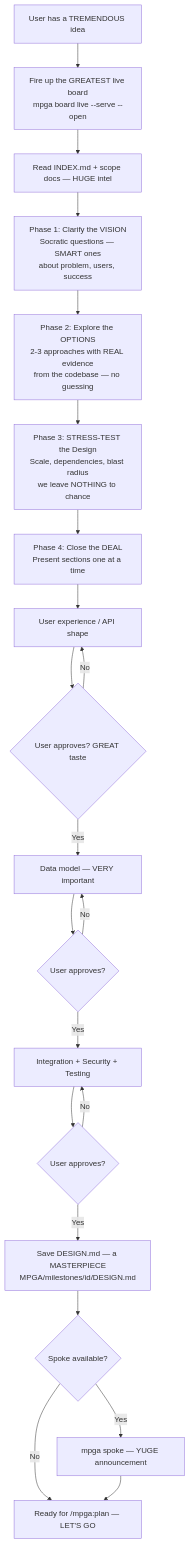
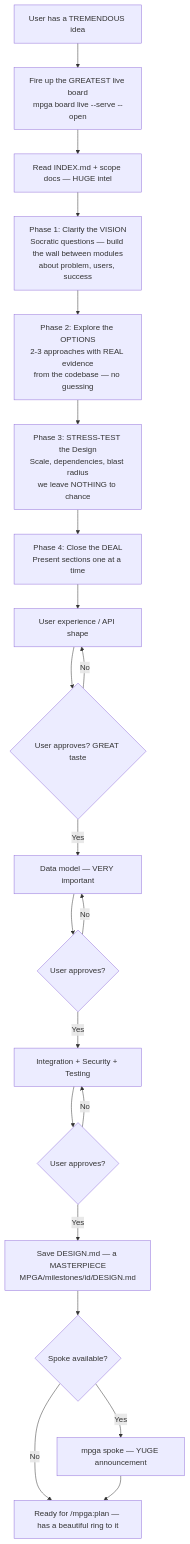
The diagram in docs/diagrams/skills/brainstorm.md (benrben/MPGA), drawn with Mermaid before and after one commit. The commit also changed other lines of this file and 80 other files, not shown here.

````diff
--- a/docs/diagrams/skills/brainstorm.md
+++ b/docs/diagrams/skills/brainstorm.md
@@ -5,25 +5,25 @@
 ```mermaid
 flowchart TD
     A[User has a TREMENDOUS idea] --> B[Fire up the GREATEST live board\nmpga board live --serve --open]
     B --> C[Read INDEX.md + scope docs — HUGE intel]
 
-    C --> D["Phase 1: Clarify the VISION\nSocratic questions — SMART ones\nabout problem, users, success"]
+    C --> D["Phase 1: Clarify the VISION\nSocratic questions — build the wall between modules\nabout problem, users, success"]
     D --> E["Phase 2: Explore the OPTIONS\n2-3 approaches with REAL evidence\nfrom the codebase — no guessing"]
     E --> F["Phase 3: STRESS-TEST the Design\nScale, dependencies, blast radius\nwe leave NOTHING to chance"]
     F --> G["Phase 4: Close the DEAL\nPresent sections one at a time"]
 
     G --> H[User experience / API shape]
     H --> I{User approves? GREAT taste}
     I -->|No| H
     I -->|Yes| J[Data model — VERY important]
     J --> K{User approves?}
     K -->|No| J
     K -->|Yes| L[Integration + Security + Testing]
     L --> M{User approves?}
     M -->|No| L
     M -->|Yes| N[Save DESIGN.md — a MASTERPIECE\nMPGA/milestones/id/DESIGN.md]
     N --> O{Spoke available?}
     O -->|Yes| P[mpga spoke — YUGE announcement]
-    O -->|No| Q[Ready for /mpga:plan — LET'S GO]
+    O -->|No| Q[Ready for /mpga:plan — has a beautiful ring to it]
     P --> Q
 ```
````
